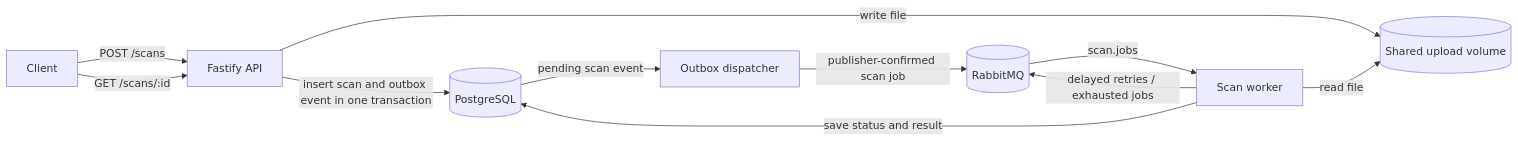
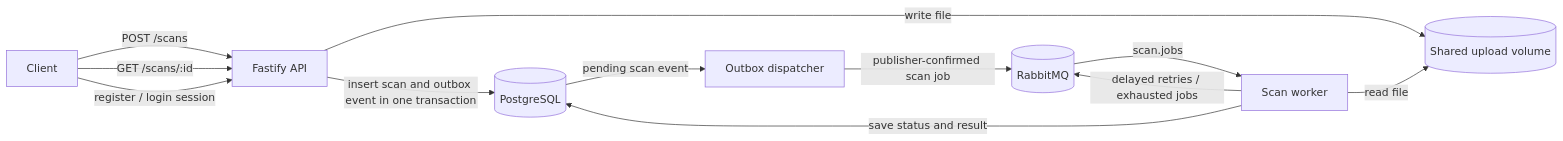
One commit to BiBo364/MiniFileScanPipeline changed the diagram in README.md. Above: the diagram before and after it, drawn with Mermaid. The commit also changed other lines of this file and 13 other files, not shown here.

````diff
--- a/README.md
+++ b/README.md
@@ -7,13 +7,14 @@
 ```mermaid
 flowchart LR
   Client[Client] -->|POST /scans| API[Fastify API]
   API -->|write file| Files[(Shared upload volume)]
   API -->|insert scan and outbox event in one transaction| DB[(PostgreSQL)]
   DB -->|pending scan event| Outbox[Outbox dispatcher]
   Outbox -->|publisher-confirmed scan job| MQ[(RabbitMQ)]
   MQ -->|scan.jobs| Worker[Scan worker]
   Worker -->|read file| Files
   Worker -->|save status and result| DB
   Worker -->|delayed retries / exhausted jobs| MQ
   Client -->|GET /scans/:id| API
+  Client -->|register / login session| API
 ```
````
